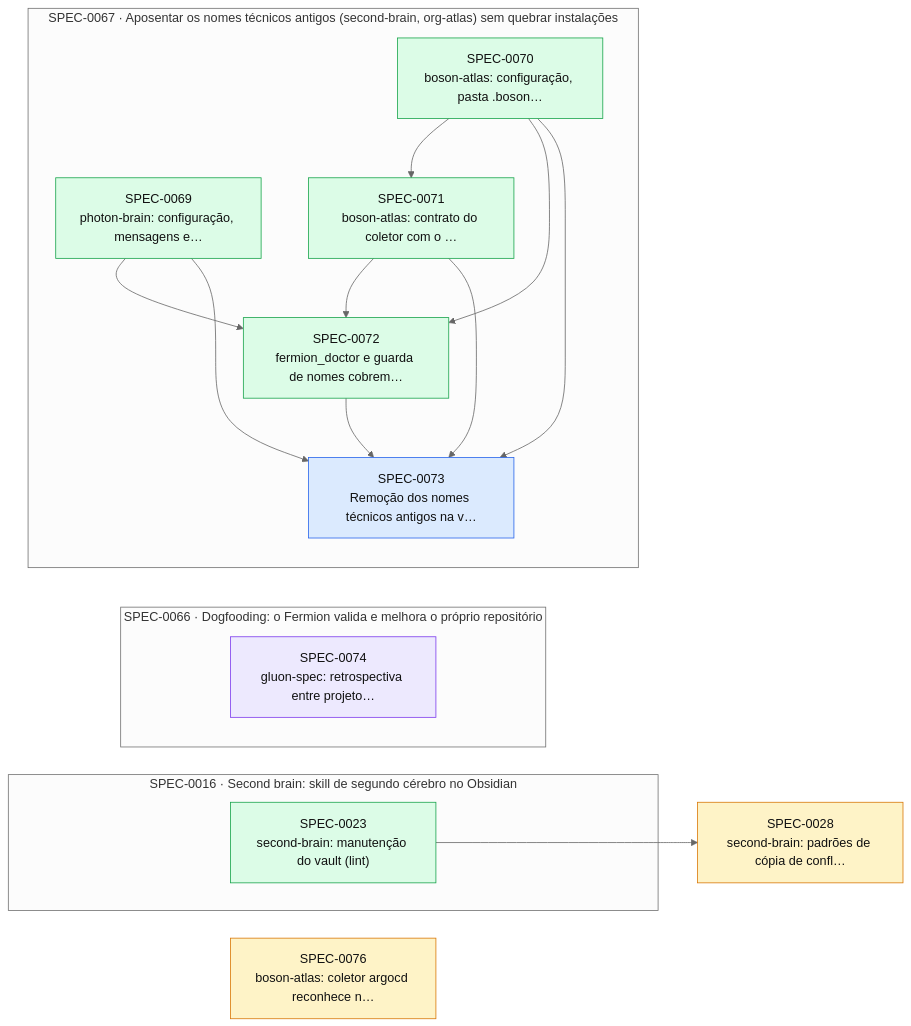
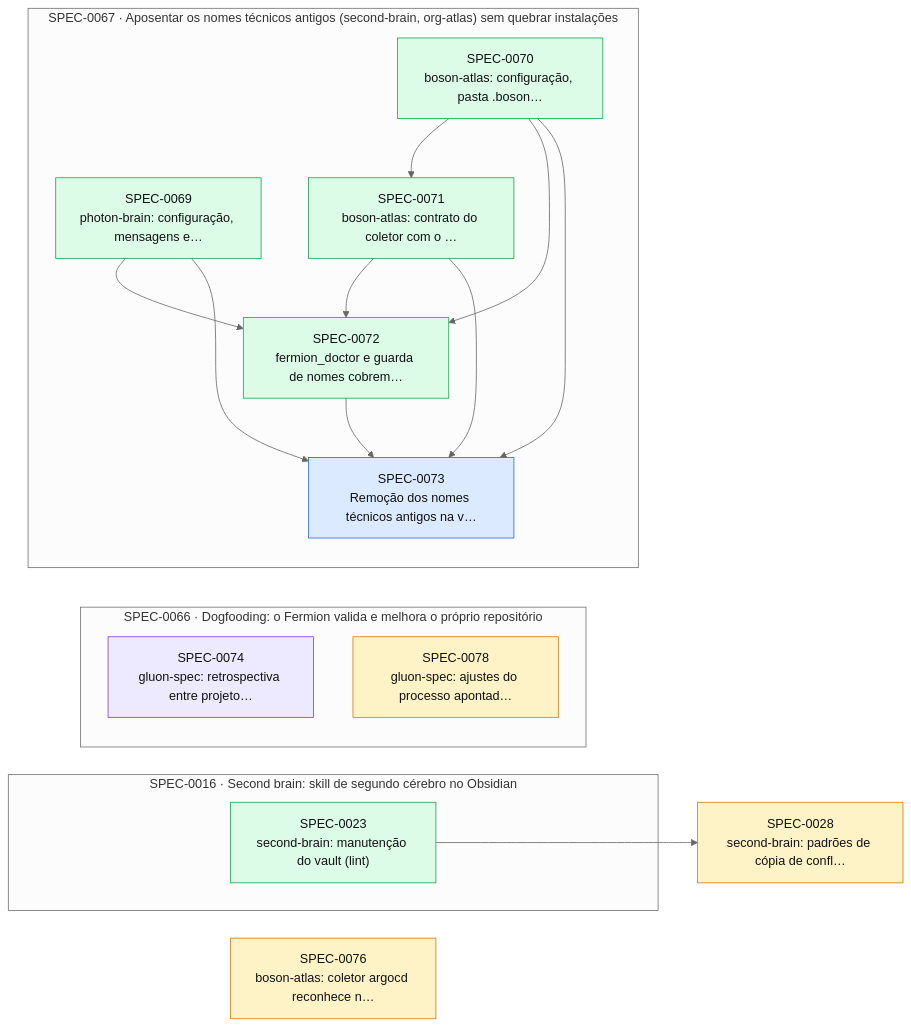
One commit to thomasravache/ai-dev-brain changed the diagram in docs/specs/INDEX.md. Above: the diagram before and after it, drawn with Mermaid (neutral theme). The commit also changed other lines of this file and 1 other file, not shown here.

First line of the commit message:
docs(specs): radar dos ajustes apontados pela retrospectiva

````diff
--- a/docs/specs/INDEX.md
+++ b/docs/specs/INDEX.md
@@ -62,32 +63,33 @@
 ```mermaid
 flowchart LR
   S0028["SPEC-0028<br/>second-brain: padrões de cópia de confl…"]:::proposed
   S0076["SPEC-0076<br/>boson-atlas: coletor argocd reconhece n…"]:::proposed
   subgraph E0016["SPEC-0016 · Second brain: skill de segundo cérebro no Obsidian"]
     S0023["SPEC-0023<br/>second-brain: manutenção do vault (lint)"]:::implemented
   end
   subgraph E0066["SPEC-0066 · Dogfooding: o Fermion valida e melhora o próprio repositório"]
     S0074["SPEC-0074<br/>gluon-spec: retrospectiva entre projeto…"]:::inprogress
+    S0078["SPEC-0078<br/>gluon-spec: ajustes do processo apontad…"]:::proposed
   end
   subgraph E0067["SPEC-0067 · Aposentar os nomes técnicos antigos (second-brain, org-atlas) sem quebrar instalações"]
     S0069["SPEC-0069<br/>photon-brain: configuração, mensagens e…"]:::implemented
     S0070["SPEC-0070<br/>boson-atlas: configuração, pasta .boson…"]:::implemented
     S0071["SPEC-0071<br/>boson-atlas: contrato do coletor com o …"]:::implemented
     S0072["SPEC-0072<br/>fermion_doctor e guarda de nomes cobrem…"]:::implemented
     S0073["SPEC-0073<br/>Remoção dos nomes técnicos antigos na v…"]:::approved
   end
   S0023 --> S0028
   S0070 --> S0071
   S0069 --> S0072
   S0070 --> S0072
   S0071 --> S0072
   S0069 --> S0073
   S0070 --> S0073
   S0071 --> S0073
   S0072 --> S0073
   classDef proposed fill:#fef3c7,stroke:#d97706,color:#111
   classDef approved fill:#dbeafe,stroke:#2563eb,color:#111
   classDef inprogress fill:#ede9fe,stroke:#7c3aed,color:#111
   classDef implemented fill:#dcfce7,stroke:#16a34a,color:#111
   classDef deprecated fill:#f3f4f6,stroke:#9ca3af,color:#6b7280
 ```
````
